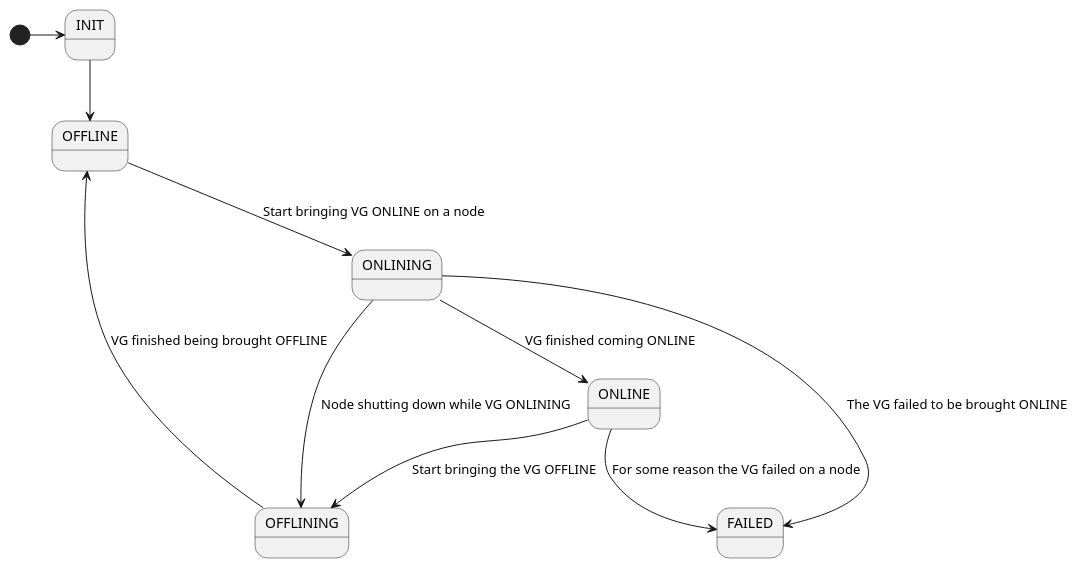
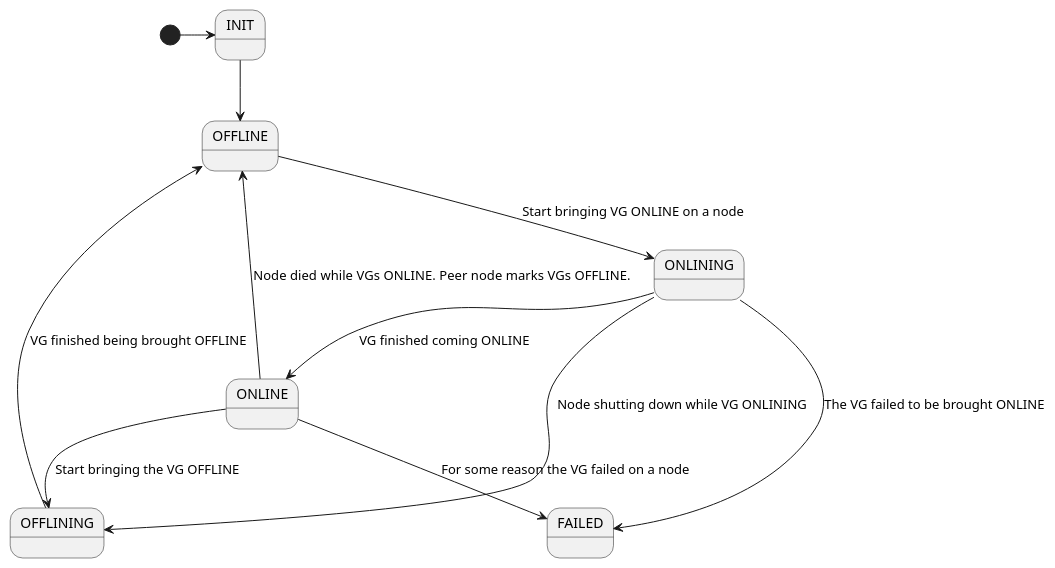
The diagram in consensus/doc/vg-state.puml (NVIDIA/proxyfs), drawn with PlantUML before and after one commit. The commit also changed 1 other file, not shown here.

Commit message:
Update state diagrams

```diff
--- a/consensus/doc/vg-state.puml
+++ b/consensus/doc/vg-state.puml
@@ -1,13 +1,14 @@
 @startuml
 
 [*] -> INIT
 INIT --> OFFLINE
 OFFLINE --> ONLINING : Start bringing VG ONLINE on a node
 ONLINING --> ONLINE : VG finished coming ONLINE
 ONLINING --> OFFLINING : Node shutting down while VG ONLINING
 ONLINE --> FAILED : For some reason the VG failed on a node
 ONLINE --> OFFLINING : Start bringing the VG OFFLINE
+ONLINE --> OFFLINE : Node died while VGs ONLINE.  Peer node marks VGs OFFLINE.
 OFFLINING --> OFFLINE : VG finished being brought OFFLINE
 ONLINING --> FAILED : The VG failed to be brought ONLINE
 
 @enduml
```
